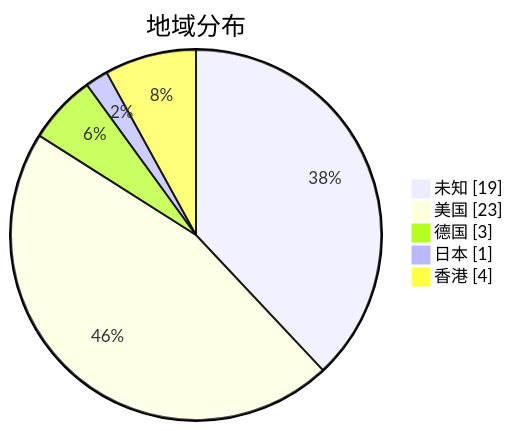
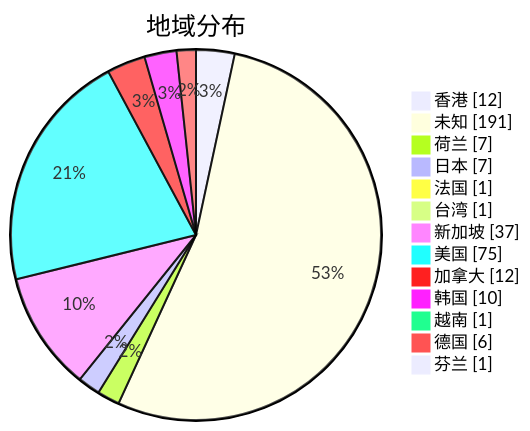
The second of 3 diagrams in subs/statistics/tested_within.md (sinspired/airport), drawn with Mermaid before and after one commit. The commit also changed other lines of this file and 2 other files, not shown here.

````diff
--- a/subs/statistics/tested_within.md
+++ b/subs/statistics/tested_within.md
@@ -11,9 +15,17 @@
 ```mermaid
 pie showData
 title 地域分布
-"未知" : 19
-"美国" : 23
-"德国" : 3
-"日本" : 1
-"香港" : 4
+"香港" : 12
+"未知" : 191
+"荷兰" : 7
+"日本" : 7
+"法国" : 1
+"台湾" : 1
+"新加坡" : 37
+"美国" : 75
+"加拿大" : 12
+"韩国" : 10
+"越南" : 1
+"德国" : 6
+"芬兰" : 1
 ```
````
